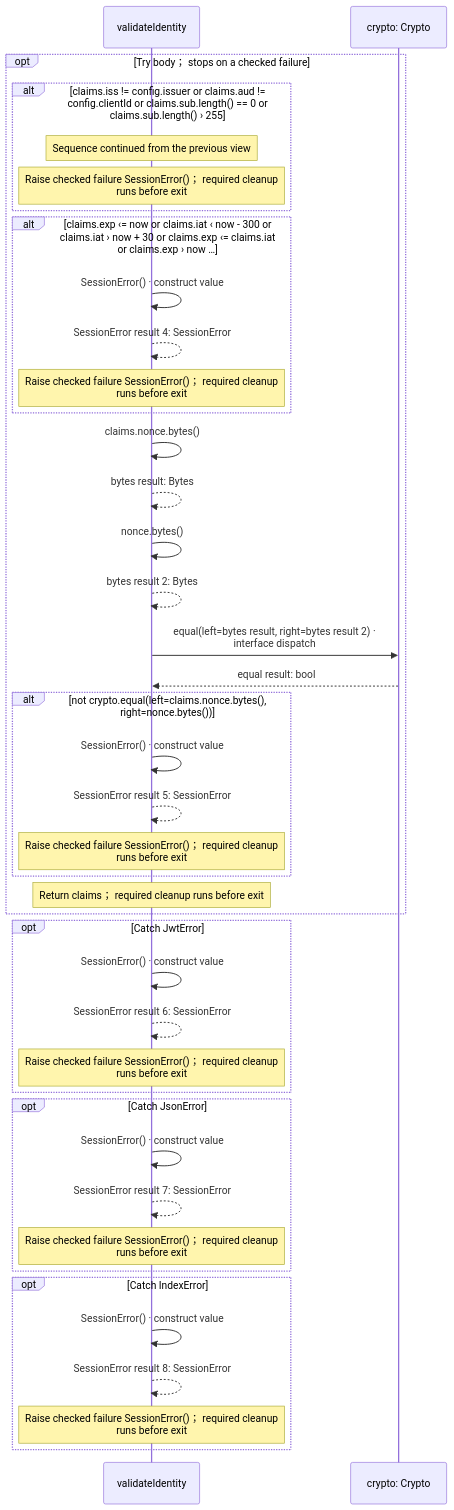
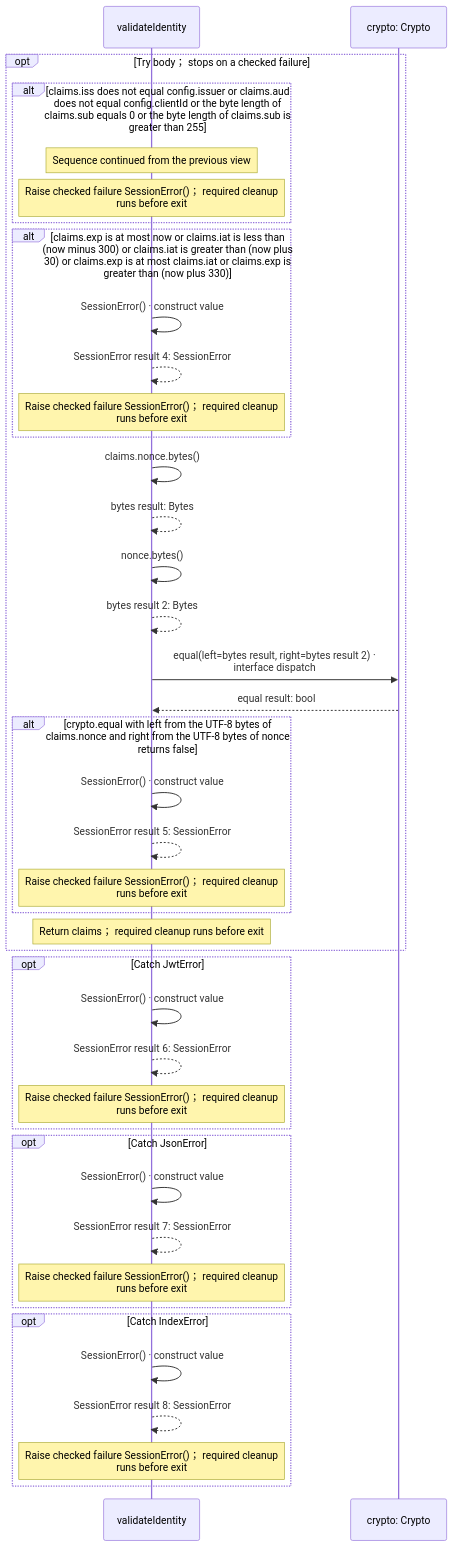
Before and after one commit to GreenPandaStudios/augscript: the eighth of 9 diagrams in docs/examples/oidc-login/client/protocol-diagrams.md, drawn with Mermaid. The commit also changed other lines of this file and 658 other files, not shown here.

````diff
--- a/docs/examples/oidc-login/client/protocol-diagrams.md
+++ b/docs/examples/oidc-login/client/protocol-diagrams.md
@@ -218,43 +236,43 @@
 ```mermaid
 sequenceDiagram
     participant p0 as validateIdentity
     participant p1 as crypto: Crypto
     opt Try body； stops on a checked failure
-    alt claims.iss != config.issuer or claims.aud != config.clientId or claims.sub.length() == 0 or claims.sub.length() › 255
+    alt claims.iss does not equal config.issuer or claims.aud<br/>does not equal config.clientId or the byte length of<br/>claims.sub equals 0 or the byte length of claims.sub is<br/>greater than 255
     Note over p0: Sequence continued from the previous view
     Note over p0: Raise checked failure SessionError()； required cleanup<br/>runs before exit
     end
-    alt claims.exp ‹= now or claims.iat ‹ now - 300 or claims.iat › now + 30 or claims.exp ‹= claims.iat or claims.exp › now …
+    alt claims.exp is at most now or claims.iat is less than<br/>(now minus 300) or claims.iat is greater than (now plus<br/>30) or claims.exp is at most claims.iat or claims.exp is<br/>greater than (now plus 330)
     p0->>p0: SessionError() · construct value
     p0-->>p0: SessionError result 4: SessionError
     Note over p0: Raise checked failure SessionError()； required cleanup<br/>runs before exit
     end
     p0->>p0: claims.nonce.bytes()
     p0-->>p0: bytes result: Bytes
     p0->>p0: nonce.bytes()
     p0-->>p0: bytes result 2: Bytes
     p0->>p1: equal(left=bytes result, right=bytes result 2) ·<br/>interface dispatch
     p1-->>p0: equal result: bool
-    alt not crypto.equal(left=claims.nonce.bytes(), right=nonce.bytes())
+    alt crypto.equal with left from the UTF-8 bytes of<br/>claims.nonce and right from the UTF-8 bytes of nonce<br/>returns false
     p0->>p0: SessionError() · construct value
     p0-->>p0: SessionError result 5: SessionError
     Note over p0: Raise checked failure SessionError()； required cleanup<br/>runs before exit
     end
     Note over p0: Return claims； required cleanup runs before exit
     end
     opt Catch JwtError
     p0->>p0: SessionError() · construct value
     p0-->>p0: SessionError result 6: SessionError
     Note over p0: Raise checked failure SessionError()； required cleanup<br/>runs before exit
     end
     opt Catch JsonError
     p0->>p0: SessionError() · construct value
     p0-->>p0: SessionError result 7: SessionError
     Note over p0: Raise checked failure SessionError()； required cleanup<br/>runs before exit
     end
     opt Catch IndexError
     p0->>p0: SessionError() · construct value
     p0-->>p0: SessionError result 8: SessionError
     Note over p0: Raise checked failure SessionError()； required cleanup<br/>runs before exit
     end
 ```
````
